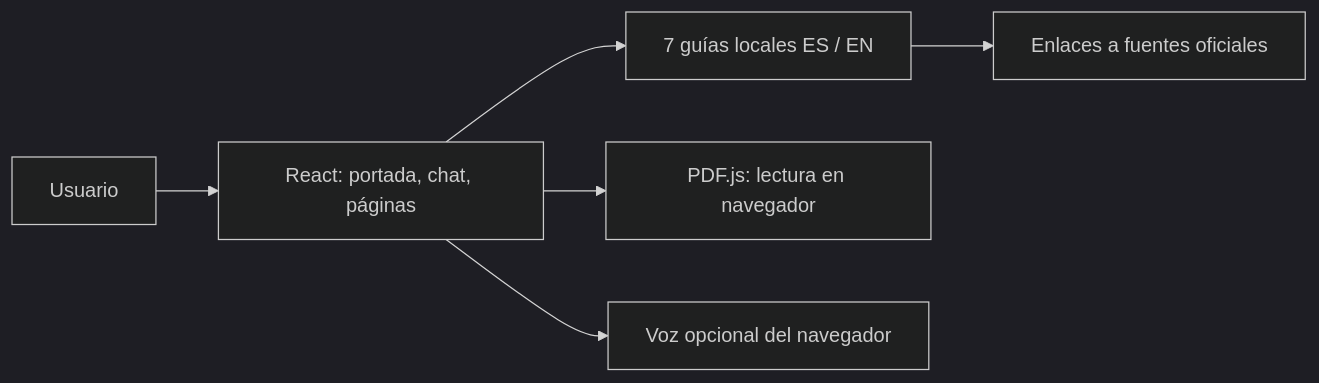
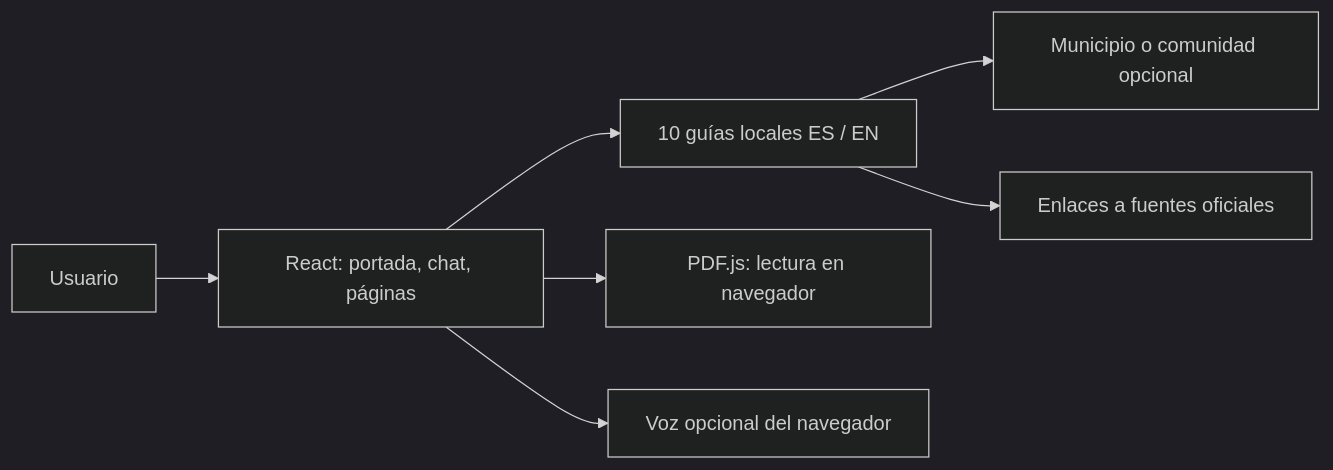
The first of 2 diagrams in docs/arquitectura.md (apolmig/espanachat), drawn with Mermaid (dark theme) before and after one commit. The commit also changed other lines of this file and 21 other files, not shown here.

````diff
--- a/docs/arquitectura.md
+++ b/docs/arquitectura.md
@@ -50,8 +50,9 @@
 ```mermaid
 flowchart LR
   U[Usuario] --> UI[React: portada, chat, páginas]
-  UI --> G[7 guías locales ES / EN]
+  UI --> G[10 guías locales ES / EN]
+  G --> T[Municipio o comunidad opcional]
   UI --> PDF[PDF.js: lectura en navegador]
   G --> S[Enlaces a fuentes oficiales]
   UI --> V[Voz opcional del navegador]
 ```
````
